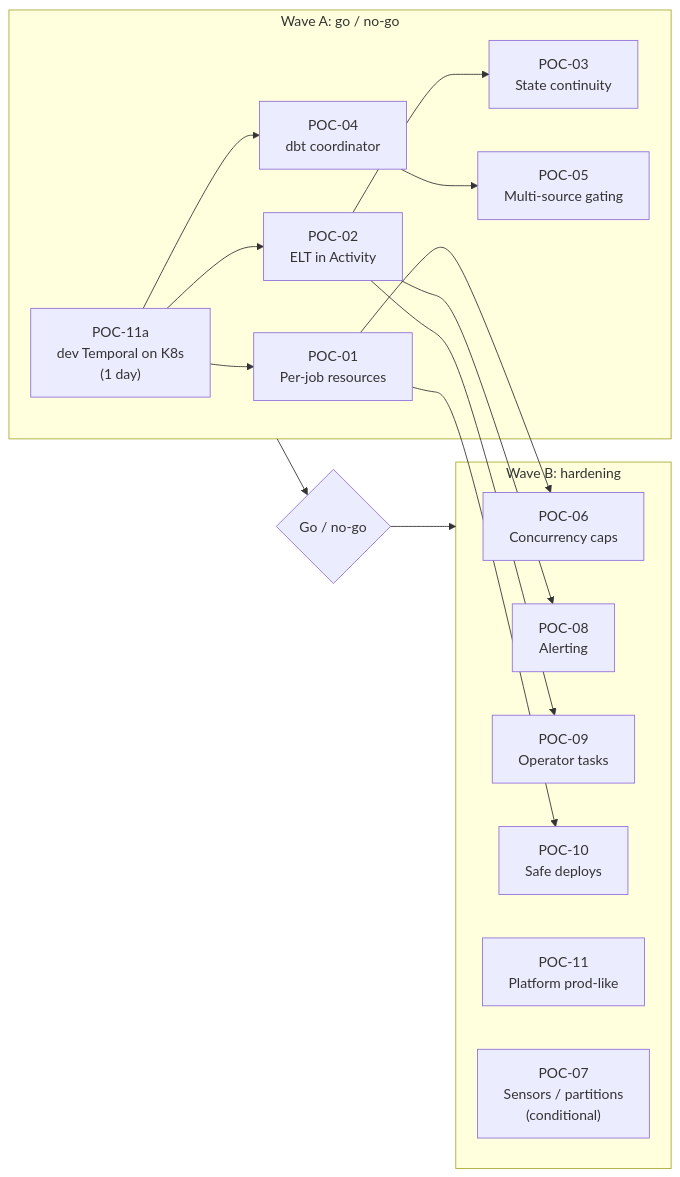
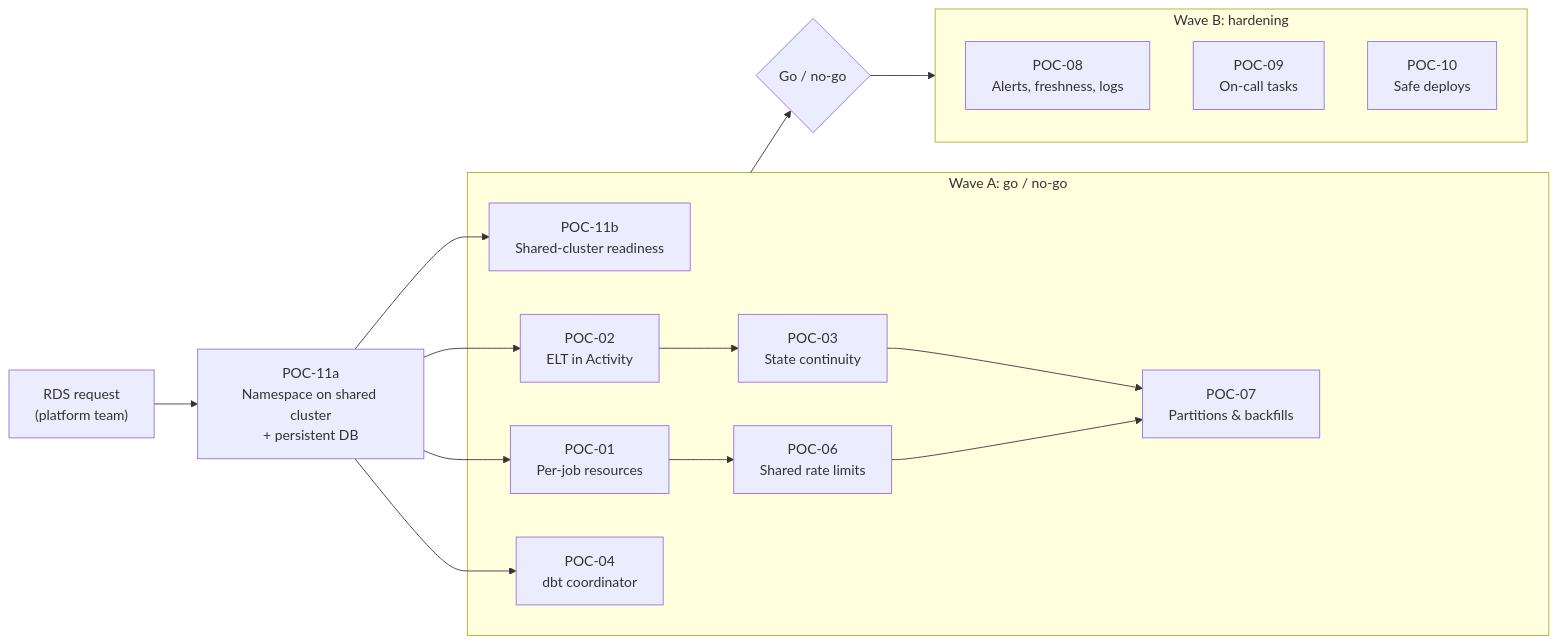
One commit to infroid/temporal-vs-dagster changed the diagram in migration/04-poc-plan.md. Above: the diagram before and after it, drawn with Mermaid. The commit also changed other lines of this file and 6 other files, not shown here.

````diff
--- a/migration/04-poc-plan.md
+++ b/migration/04-poc-plan.md
@@ -11,24 +13,28 @@
 ```mermaid
 flowchart LR
+  RDS["RDS request<br/>(platform team)"] --> P11a["POC-11a<br/>Namespace on shared cluster<br/>+ persistent DB"]
   subgraph A["Wave A: go / no-go"]
-    P11a["POC-11a<br/>dev Temporal on K8s<br/>(1 day)"] --> P01["POC-01<br/>Per-job resources"]
-    P11a --> P02["POC-02<br/>ELT in Activity"]
-    P02 --> P03["POC-03<br/>State continuity"]
-    P11a --> P04["POC-04<br/>dbt coordinator"]
-    P04 --> P05["POC-05<br/>Multi-source gating"]
+    P11b["POC-11b<br/>Shared-cluster readiness"]
+    P01["POC-01<br/>Per-job resources"]
+    P02["POC-02<br/>ELT in Activity"]
+    P03["POC-03<br/>State continuity"]
+    P04["POC-04<br/>dbt coordinator"]
+    P06["POC-06<br/>Shared rate limits"]
+    P07["POC-07<br/>Partitions & backfills"]
   end
+  P11a --> P11b
+  P11a --> P01
+  P11a --> P02
+  P11a --> P04
+  P02 --> P03
+  P03 --> P07
+  P01 --> P06
+  P06 --> P07
+  A --> GATE{"Go / no-go"}
   subgraph B["Wave B: hardening"]
-    P06["POC-06<br/>Concurrency caps"]
-    P08["POC-08<br/>Alerting"]
-    P09["POC-09<br/>Operator tasks"]
+    P08["POC-08<br/>Alerts, freshness, logs"]
+    P09["POC-09<br/>On-call tasks"]
     P10["POC-10<br/>Safe deploys"]
-    P11["POC-11<br/>Platform prod-like"]
-    P07["POC-07<br/>Sensors / partitions<br/>(conditional)"]
   end
-  P01 --> P06
-  P02 --> P08
-  P02 --> P09
-  P01 --> P10
-  A --> GATE{"Go / no-go"}
   GATE --> B
 ```
````
